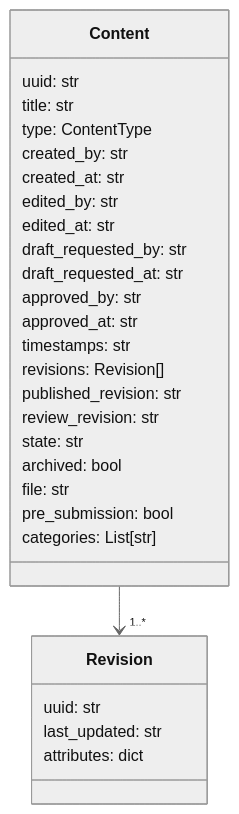
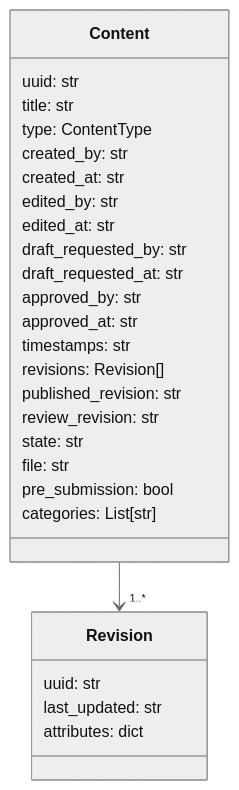
Before and after one commit to tng-coop/CmsWorkflow: the first of 2 diagrams in docs/DataStructure.md, drawn with Mermaid (neutral theme). The commit also changed other lines of this file and 4 other files, not shown here.

````diff
--- a/docs/DataStructure.md
+++ b/docs/DataStructure.md
@@ -5,31 +5,30 @@
 ```mermaid
 classDiagram
     class Content {
         uuid: str
         title: str
         type: ContentType
         created_by: str
         created_at: str
         edited_by: str
         edited_at: str
         draft_requested_by: str
         draft_requested_at: str
         approved_by: str
         approved_at: str
         timestamps: str
         revisions: Revision[]
         published_revision: str
         review_revision: str
         state: str
-        archived: bool
         file: str
         pre_submission: bool
         categories: List[str]
     }
     class Revision {
         uuid: str
         last_updated: str
         attributes: dict
     }
     Content --> "1..*" Revision
 ```
````
